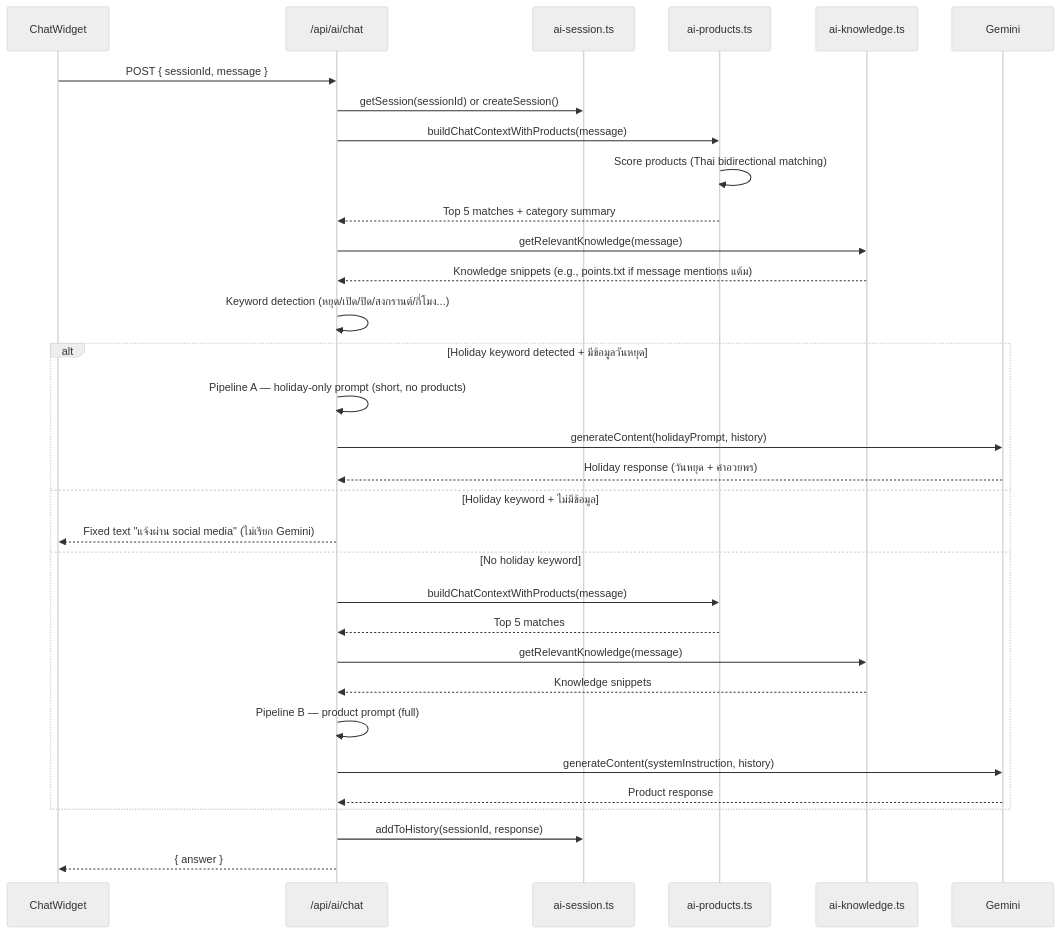
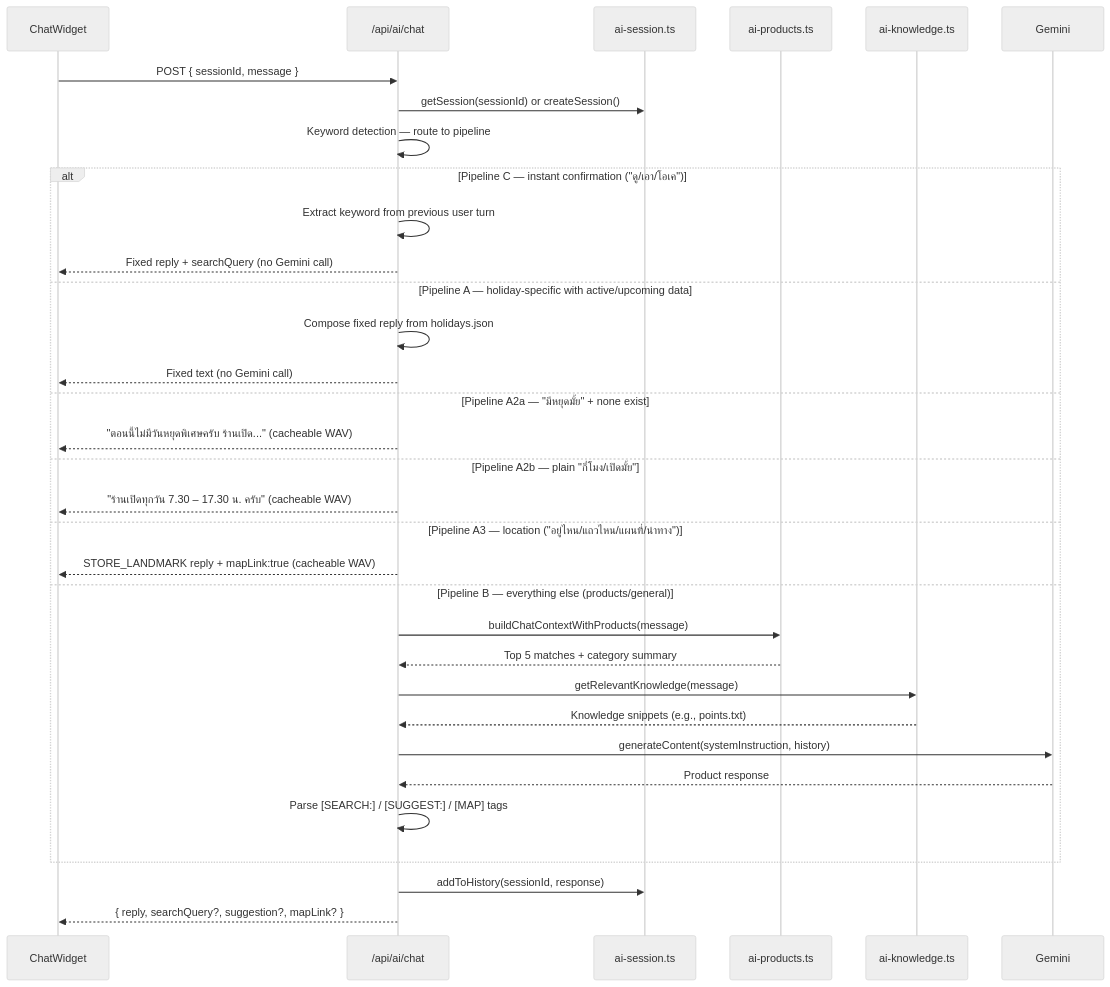
One commit to iarcanar/31panich-web changed the third of 5 diagrams in docs/architecture.md. Above: the diagram before and after it, drawn with Mermaid (neutral theme). The commit also changed other lines of this file and 8 other files, not shown here.

First line of the commit message:
docs: update for v2.0.10 TTS cache + Pipeline A3 location (v2.0.11)

````diff
--- a/docs/architecture.md
+++ b/docs/architecture.md
@@ -77,35 +77,36 @@
 ```mermaid
 sequenceDiagram
   participant C as ChatWidget
   participant API as /api/ai/chat
   participant S as ai-session.ts
   participant P as ai-products.ts
   participant K as ai-knowledge.ts
   participant G as Gemini
 
   C->>API: POST { sessionId, message }
   API->>S: getSession(sessionId) or createSession()
-  API->>P: buildChatContextWithProducts(message)
-  P->>P: Score products (Thai bidirectional matching)
-  P-->>API: Top 5 matches + category summary
-  API->>K: getRelevantKnowledge(message)
-  K-->>API: Knowledge snippets (e.g., points.txt if message mentions แต้ม)
-  API->>API: Keyword detection (หยุด/เปิด/ปิด/สงกรานต์/กี่โมง...)
-  alt Holiday keyword detected + มีข้อมูลวันหยุด
-    API->>API: Pipeline A — holiday-only prompt (short, no products)
-    API->>G: generateContent(holidayPrompt, history)
-    G-->>API: Holiday response (วันหยุด + คำอวยพร)
-  else Holiday keyword + ไม่มีข้อมูล
-    API-->>C: Fixed text "แจ้งผ่าน social media" (ไม่เรียก Gemini)
-  else No holiday keyword
+  API->>API: Keyword detection — route to pipeline
+  alt Pipeline C — instant confirmation ("ดู/เอา/โอเค")
+    API->>API: Extract keyword from previous user turn
+    API-->>C: Fixed reply + searchQuery (no Gemini call)
+  else Pipeline A — holiday-specific with active/upcoming data
+    API->>API: Compose fixed reply from holidays.json
+    API-->>C: Fixed text (no Gemini call)
+  else Pipeline A2a — "มีหยุดมั้ย" + none exist
+    API-->>C: "ตอนนี้ไม่มีวันหยุดพิเศษครับ ร้านเปิด..." (cacheable WAV)
+  else Pipeline A2b — plain "กี่โมง/เปิดมั้ย"
+    API-->>C: "ร้านเปิดทุกวัน 7.30 – 17.30 น. ครับ" (cacheable WAV)
+  else Pipeline A3 — location ("อยู่ไหน/แถวไหน/แผนที่/นำทาง")
+    API-->>C: STORE_LANDMARK reply + mapLink:true (cacheable WAV)
+  else Pipeline B — everything else (products/general)
     API->>P: buildChatContextWithProducts(message)
-    P-->>API: Top 5 matches
+    P-->>API: Top 5 matches + category summary
     API->>K: getRelevantKnowledge(message)
-    K-->>API: Knowledge snippets
-    API->>API: Pipeline B — product prompt (full)
+    K-->>API: Knowledge snippets (e.g., points.txt)
     API->>G: generateContent(systemInstruction, history)
     G-->>API: Product response
+    API->>API: Parse [SEARCH:] / [SUGGEST:] / [MAP] tags
   end
   API->>S: addToHistory(sessionId, response)
-  API-->>C: { answer }
+  API-->>C: { reply, searchQuery?, suggestion?, mapLink? }
 ```
````
